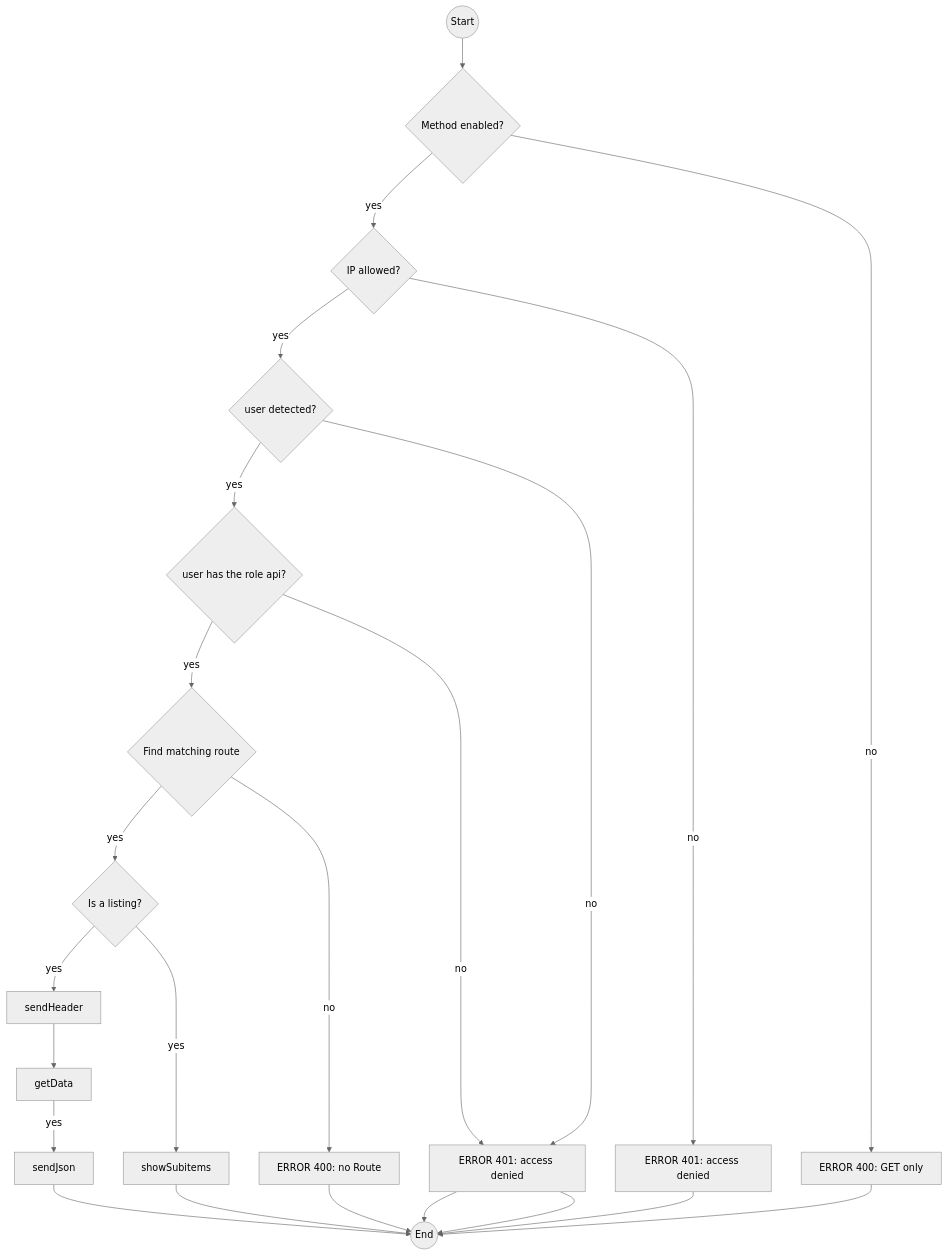
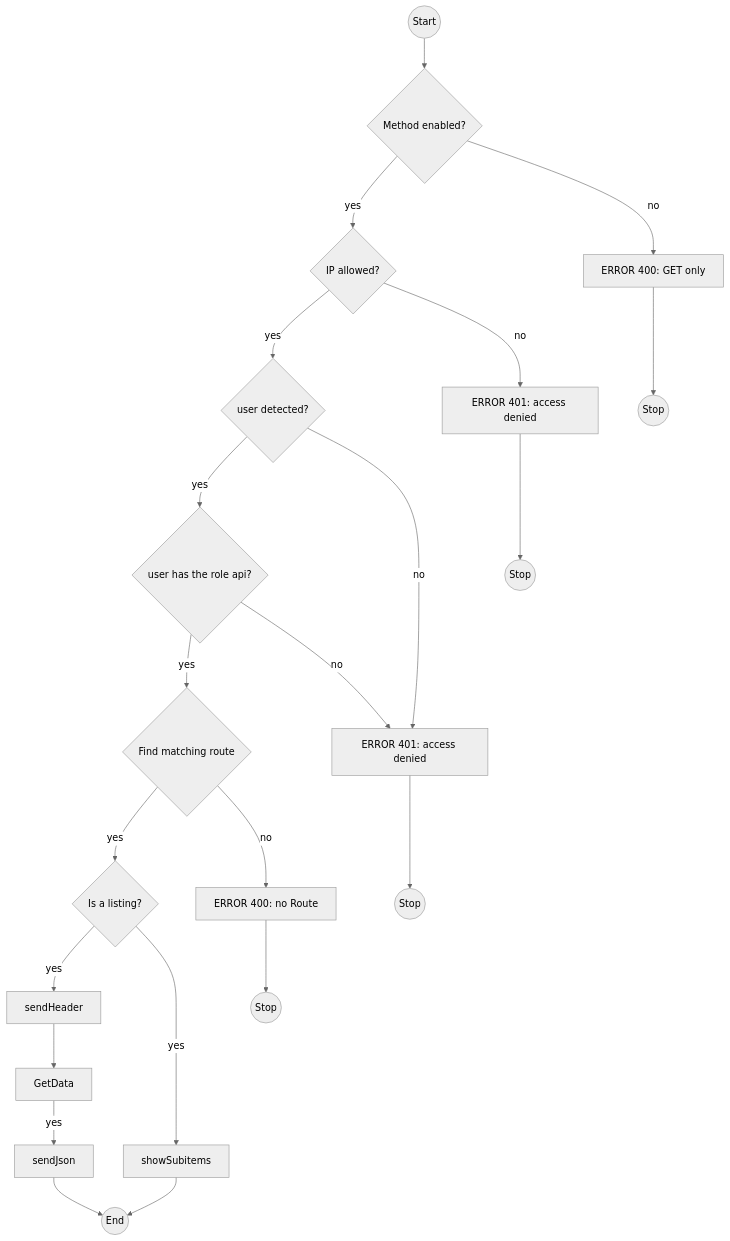
The diagram in docs/10_📦_Server/60_API.md (iml-it/appmonitor), drawn with Mermaid (neutral theme) before and after one commit. The commit also changed other lines of this file, not shown here.

````diff
--- a/docs/10_📦_Server/60_API.md
+++ b/docs/10_📦_Server/60_API.md
@@ -26,21 +28,21 @@
 ```mermaid
 graph TD;
   Start((Start))
   --> chkMethod{Method enabled?}
   --> |yes|chkIp{IP allowed?}
   --> |yes|chkUser{user detected?}
   --> |yes|chkRole{user has the role api?}
   --> |yes|chkRoute{Find matching route}
   --> |yes|chkList{Is a listing?}
   --> |yes|sendHeader
-  --> getData
+  --> GetData
   --> |yes|sendJson
   --> End((End))
 
-  chkMethod-->|no|onlyGet[ERROR 400: GET only]-->End
-  chkIp-->|no|denyIp[ERROR 401: access denied]-->End
-  chkUser-->|no|denyUser[ERROR 401: access denied]-->End
-  chkRole-->|no|denyUser[ERROR 401: access denied]-->End
-  chkRoute-->|no|onlyNoRoute[ERROR 400: no Route]-->End
+  chkMethod-->|no|onlyGet[ERROR 400: GET only]-->stop1((Stop))
+  chkIp-->|no|denyIp[ERROR 401: access denied]-->stop2((Stop))
+  chkUser-->|no|denyUser[ERROR 401: access denied]-->stop3((Stop))
+  chkRole-->|no|denyUser[ERROR 401: access denied]
+  chkRoute-->|no|onlyNoRoute[ERROR 400: no Route]-->stop5((Stop))
   chkList-->|yes|showSubitems-->End
 ```
````
